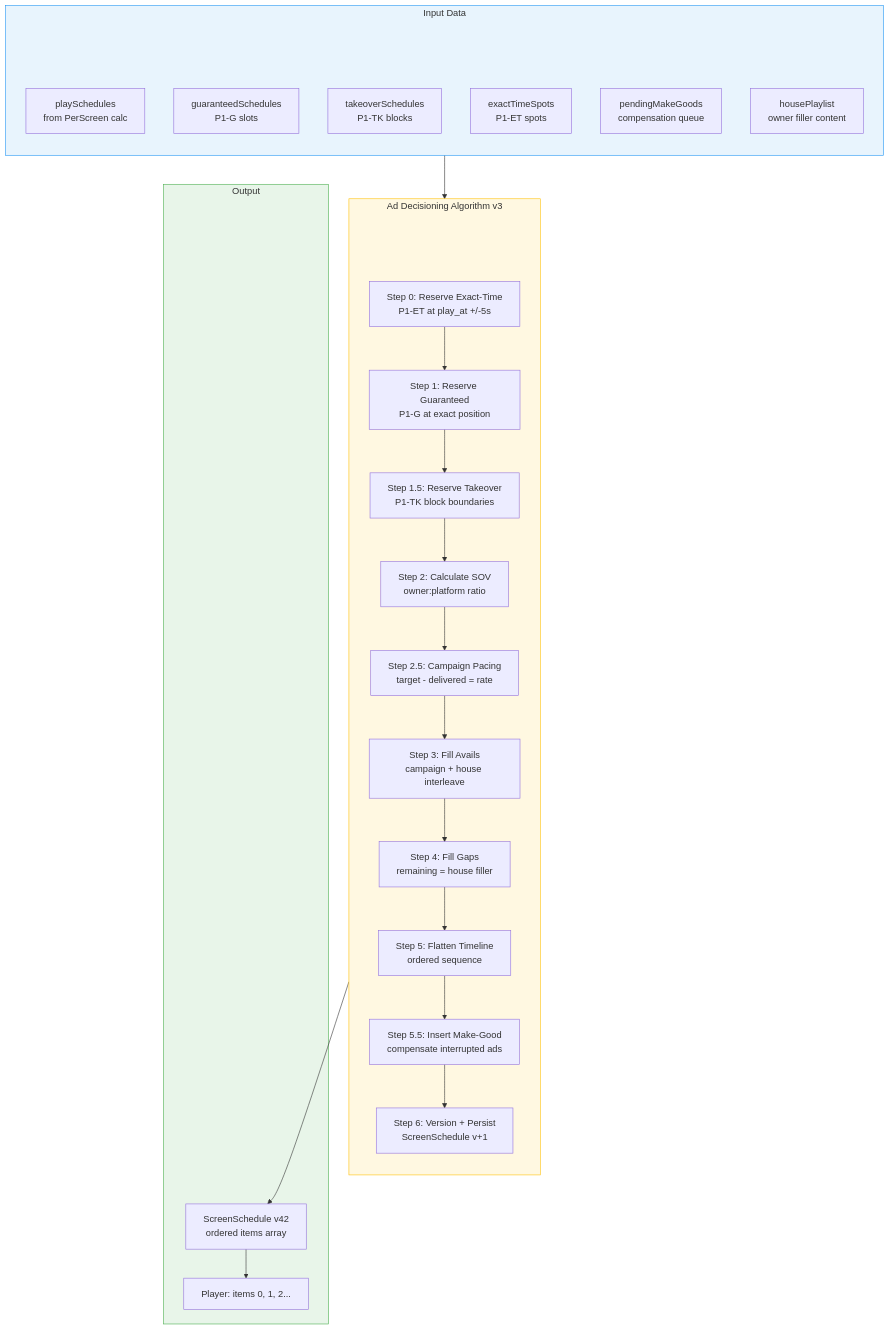
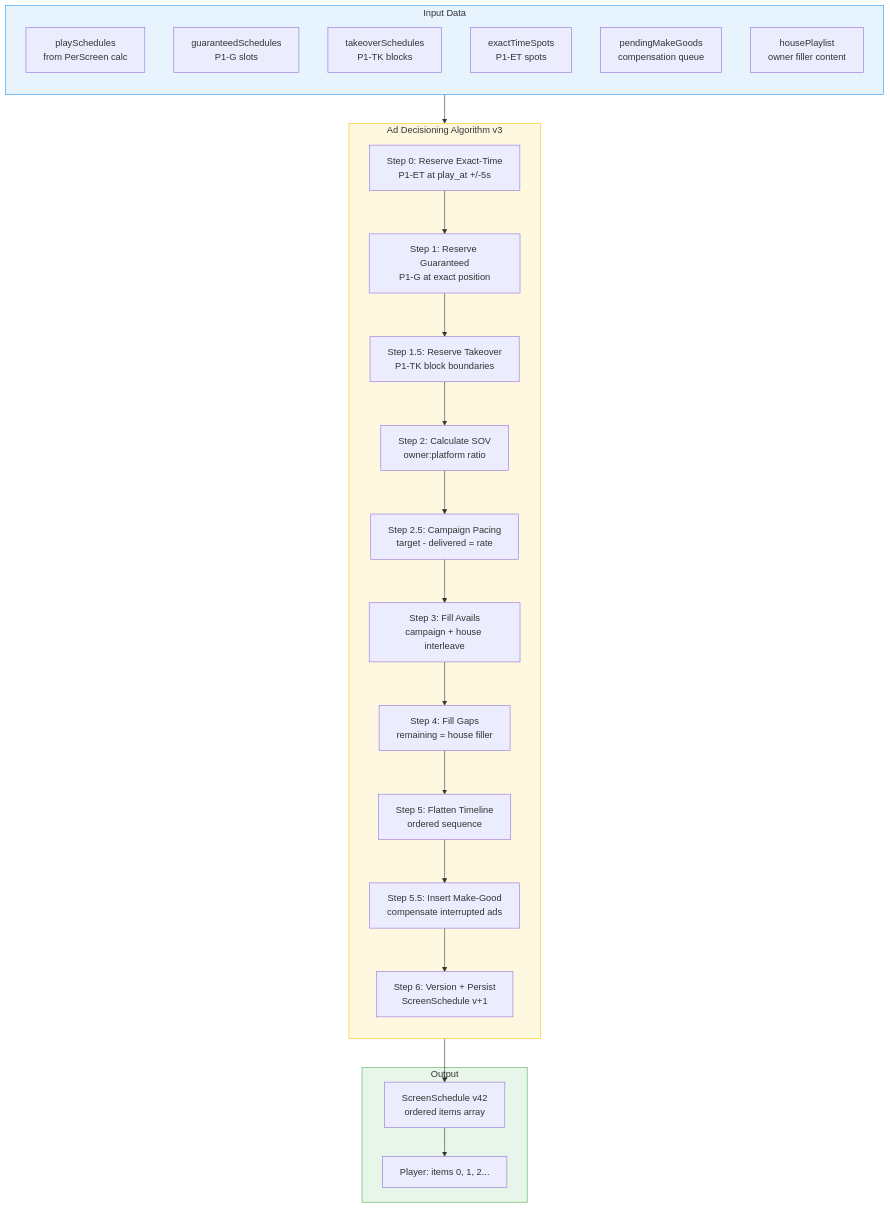
One commit to wasikarn/jira-generator changed the diagram in scripts/diagrams/12-ad-decisioning-steps.mmd. Above: the diagram before and after it, drawn with Mermaid. The commit also changed 6 other files, not shown here.

First line of the commit message:
fix: use single-line subgraph titles to prevent node overlap in diagrams

```diff
--- a/scripts/diagrams/12-ad-decisioning-steps.mmd
+++ b/scripts/diagrams/12-ad-decisioning-steps.mmd
@@ -1,41 +1,37 @@
 flowchart TD
     subgraph INPUT["Input Data"]
         direction TB
-        IN_pad[ ]:::spacer ~~~ PS
         PS["playSchedules<br/>from PerScreen calc"]
         GS["guaranteedSchedules<br/>P1-G slots"]
         TK["takeoverSchedules<br/>P1-TK blocks"]
         ET["exactTimeSpots<br/>P1-ET spots"]
         MG["pendingMakeGoods<br/>compensation queue"]
         HP["housePlaylist<br/>owner filler content"]
     end
 
     subgraph ALGO["Ad Decisioning Algorithm v3"]
         direction TB
-        AL_pad[ ]:::spacer ~~~ S0
         S0["Step 0: Reserve Exact-Time<br/>P1-ET at play_at +/-5s"]
         S1["Step 1: Reserve Guaranteed<br/>P1-G at exact position"]
         S15["Step 1.5: Reserve Takeover<br/>P1-TK block boundaries"]
         S2["Step 2: Calculate SOV<br/>owner:platform ratio"]
         S25["Step 2.5: Campaign Pacing<br/>target - delivered = rate"]
         S3["Step 3: Fill Avails<br/>campaign + house interleave"]
         S4["Step 4: Fill Gaps<br/>remaining = house filler"]
         S5["Step 5: Flatten Timeline<br/>ordered sequence"]
         S55["Step 5.5: Insert Make-Good<br/>compensate interrupted ads"]
         S6["Step 6: Version + Persist<br/>ScreenSchedule v+1"]
     end
 
     subgraph OUTPUT["Output"]
-        OUT_pad[ ]:::spacer ~~~ SS
         SS["ScreenSchedule v42<br/>ordered items array"]
         PL["Player: items 0, 1, 2..."]
     end
 
     INPUT --> S0
     S0 --> S1 --> S15 --> S2 --> S25 --> S3 --> S4 --> S5 --> S55 --> S6
     S6 --> SS --> PL
 
-    classDef spacer fill:none,stroke:none,color:transparent
     style INPUT fill:#e8f4fd,stroke:#2196F3
     style ALGO fill:#fff8e1,stroke:#FFC107
     style OUTPUT fill:#e8f5e9,stroke:#4CAF50
```
